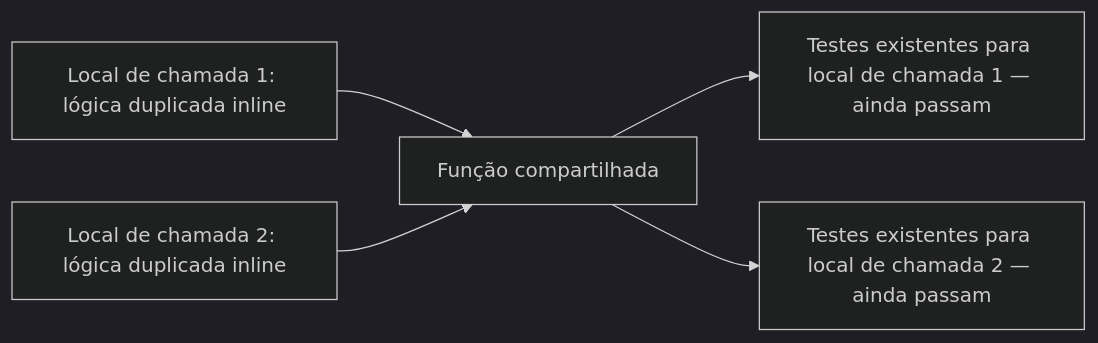
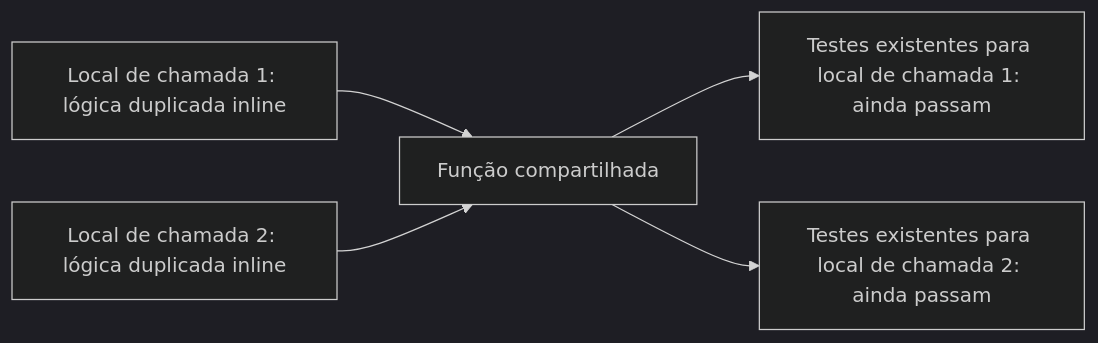
Before and after one commit to alexcastrodev/my-university: the diagram in backend/src/seed/data/curriculum/algorithms-software/software-construction/content/refactoring/pt-BR.md, drawn with Mermaid (dark theme). The commit also changed other lines of this file and 19 other files, not shown here.

````diff
--- a/backend/src/seed/data/curriculum/algorithms-software/software-construction/content/refactoring/pt-BR.md
+++ b/backend/src/seed/data/curriculum/algorithms-software/software-construction/content/refactoring/pt-BR.md
@@ -41,7 +41,7 @@
 ```mermaid
 flowchart LR
     A["Local de chamada 1: lógica duplicada inline"] --> C["Função compartilhada"]
     B["Local de chamada 2: lógica duplicada inline"] --> C
-    C --> D["Testes existentes para local de chamada 1 — ainda passam"]
-    C --> E["Testes existentes para local de chamada 2 — ainda passam"]
+    C --> D["Testes existentes para local de chamada 1: ainda passam"]
+    C --> E["Testes existentes para local de chamada 2: ainda passam"]
 ```
````
